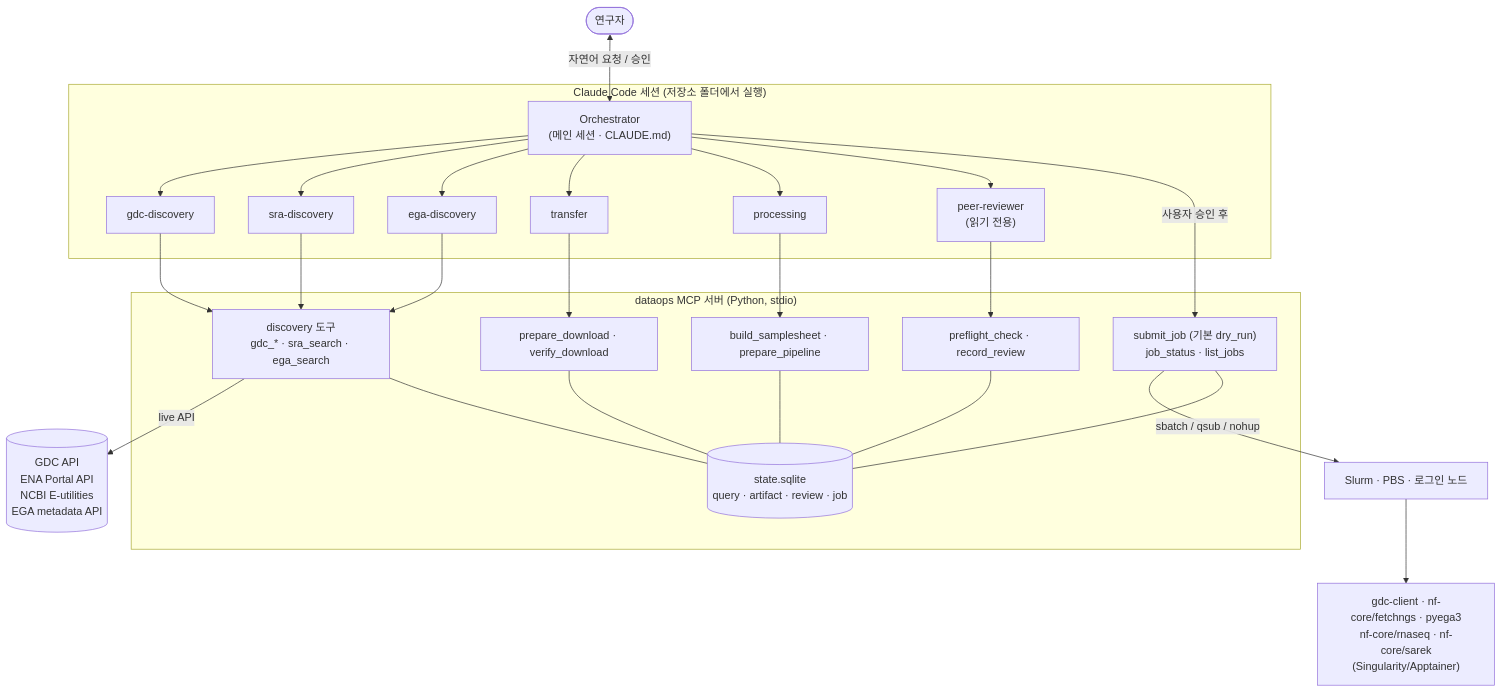
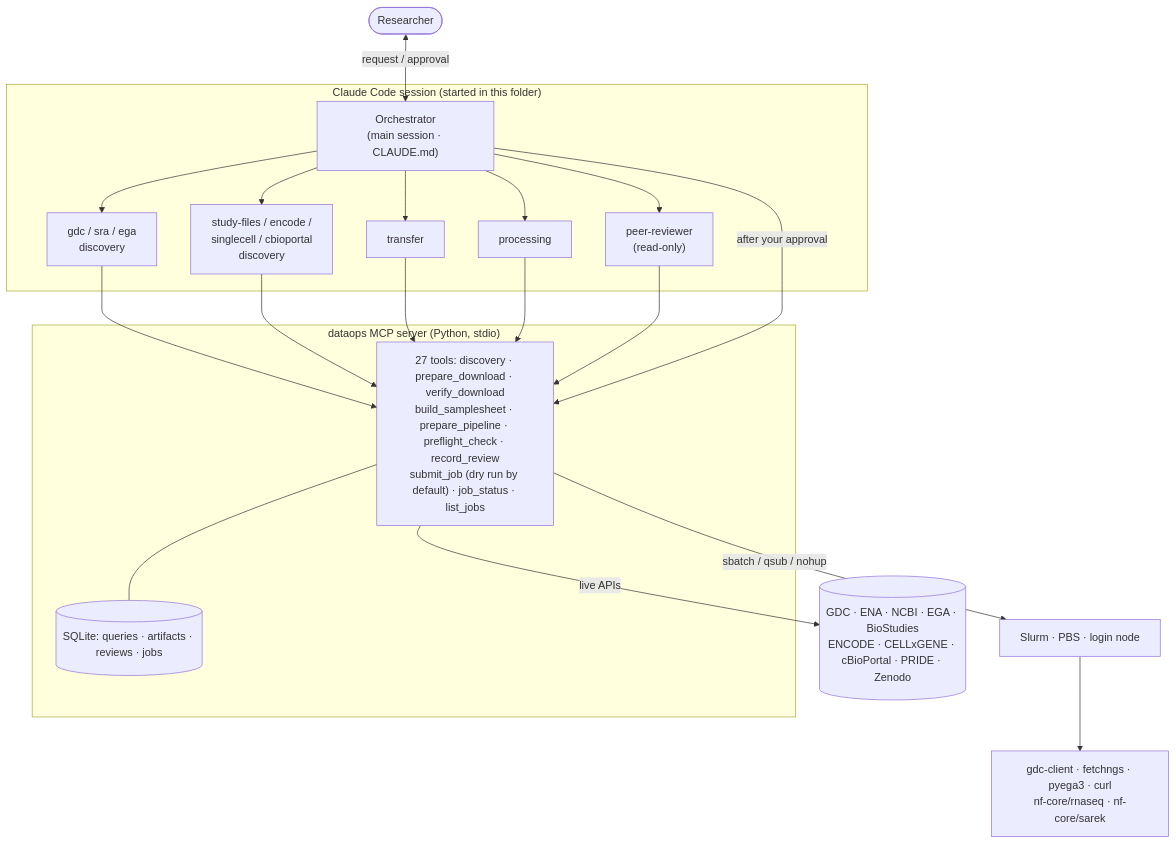
One commit to Sejung98/Personal_dataops_agent changed the diagram in README.md. Above: the diagram before and after it, drawn with Mermaid. The commit also changed other lines of this file and 37 other files, not shown here.

First line of the commit message:
Add GEO, ArrayExpress, ENCODE, CELLxGENE, cBioPortal, PRIDE, Zenodo, dbGaP

````diff
--- a/README.md
+++ b/README.md
@@ -18,34 +110,25 @@
 ```mermaid
 flowchart TB
-    U([연구자]) <-->|자연어 요청 / 승인| O
+    U([Researcher]) <-->|request / approval| O
 
-    subgraph CC["Claude Code 세션 (저장소 폴더에서 실행)"]
-        O["Orchestrator<br/>(메인 세션 · CLAUDE.md)"]
-        O --> GD[gdc-discovery]
-        O --> SD[sra-discovery]
-        O --> ED[ega-discovery]
+    subgraph CC["Claude Code session (started in this folder)"]
+        O["Orchestrator<br/>(main session · CLAUDE.md)"]
+        O --> D1[gdc / sra / ega<br/>discovery]
+        O --> D2[study-files / encode /<br/>singlecell / cbioportal<br/>discovery]
         O --> TR[transfer]
         O --> PR[processing]
-        O --> RV["peer-reviewer<br/>(읽기 전용)"]
+        O --> RV["peer-reviewer<br/>(read-only)"]
     end
 
-    subgraph MCP["dataops MCP 서버 (Python, stdio)"]
-        DT["discovery 도구<br/>gdc_* · sra_search · ega_search"]
-        TT["prepare_download · verify_download"]
-        PT["build_samplesheet · prepare_pipeline"]
-        RT["preflight_check · record_review"]
-        ST["submit_job (기본 dry_run)<br/>job_status · list_jobs"]
-        DB[("state.sqlite<br/>query · artifact · review · job")]
+    subgraph MCP["dataops MCP server (Python, stdio)"]
+        DT["27 tools: discovery · prepare_download · verify_download<br/>build_samplesheet · prepare_pipeline · preflight_check · record_review<br/>submit_job (dry run by default) · job_status · list_jobs"]
+        DB[("SQLite: queries · artifacts · reviews · jobs")]
     end
 
-    GD & SD & ED --> DT
-    TR --> TT
-    PR --> PT
-    RV --> RT
-    O -->|사용자 승인 후| ST
-
-    DT -->|live API| API[("GDC API<br/>ENA Portal API<br/>NCBI E-utilities<br/>EGA metadata API")]
-    ST -->|sbatch / qsub / nohup| SCH["Slurm · PBS · 로그인 노드"]
-    SCH --> JOBS["gdc-client · nf-core/fetchngs · pyega3<br/>nf-core/rnaseq · nf-core/sarek<br/>(Singularity/Apptainer)"]
-    DT & TT & PT & RT & ST --- DB
+    D1 & D2 & TR & PR & RV --> DT
+    O -->|after your approval| DT
+    DT -->|live APIs| API[("GDC · ENA · NCBI · EGA · BioStudies<br/>ENCODE · CELLxGENE · cBioPortal · PRIDE · Zenodo")]
+    DT -->|sbatch / qsub / nohup| SCH["Slurm · PBS · login node"]
+    SCH --> JOBS["gdc-client · fetchngs · pyega3 · curl<br/>nf-core/rnaseq · nf-core/sarek"]
+    DT --- DB
 ```
````
